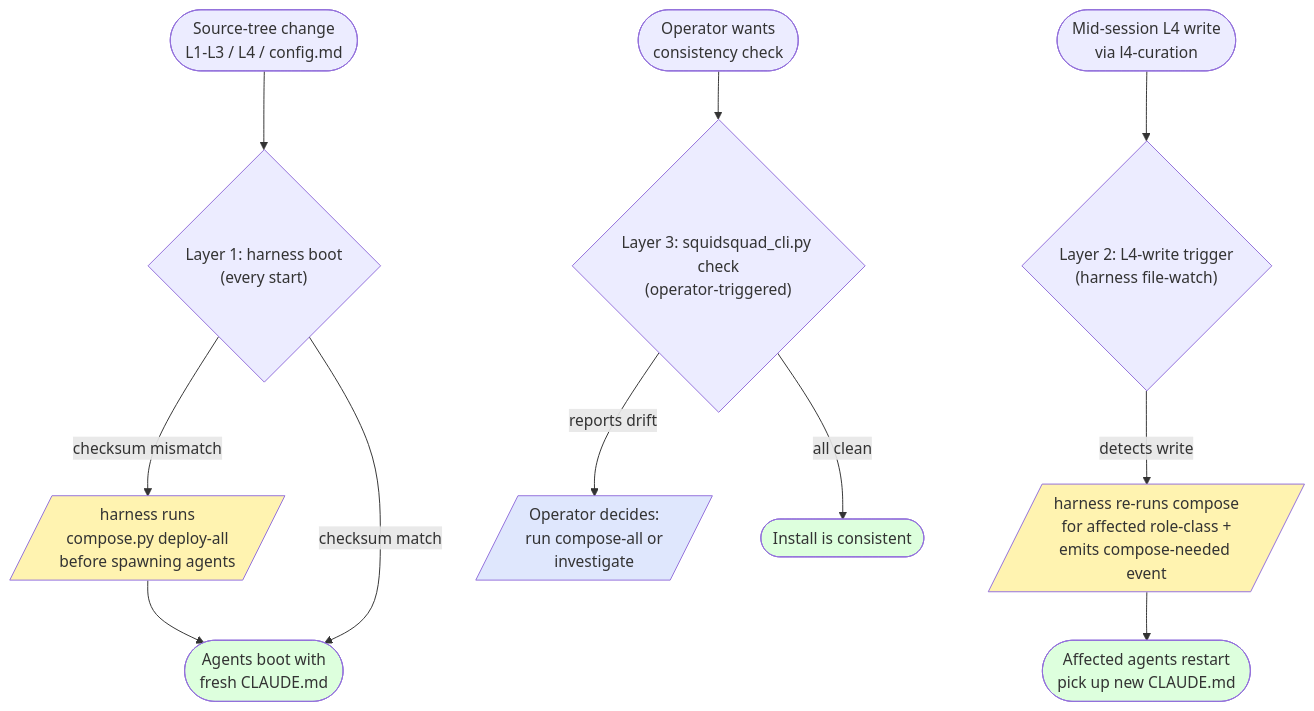
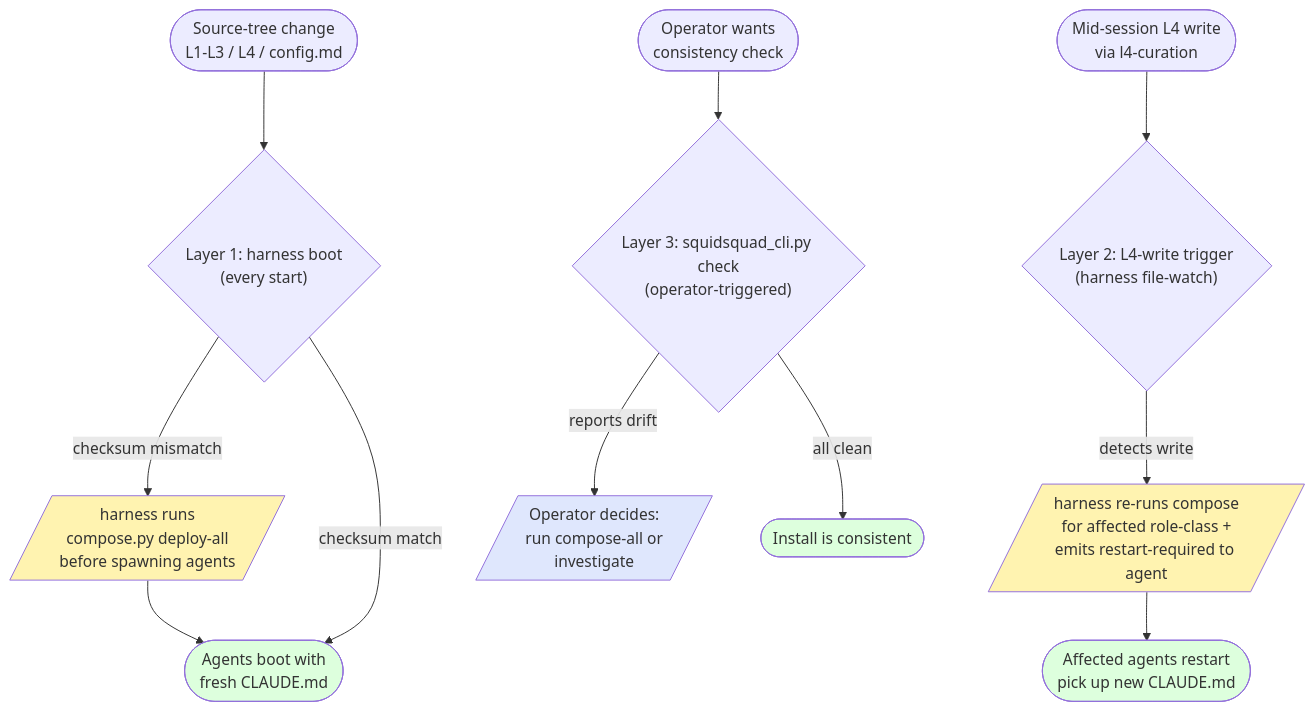
Before and after one commit to WallyDoodlez/SquidSquad: diagram 12 of 12 in docs/COMPOSE-ARCHITECTURE.md, drawn with Mermaid. The commit also changed other lines of this file and 2 other files, not shown here.

````diff
--- a/docs/COMPOSE-ARCHITECTURE.md
+++ b/docs/COMPOSE-ARCHITECTURE.md
@@ -1433,25 +1433,25 @@
 ```mermaid
 flowchart TB
   Source([Source-tree change<br/>L1-L3 / L4 / config.md])
   Source --> Boot{"Layer 1: harness boot<br/>(every start)"}
   Boot -->|"checksum mismatch"| L1Fix[/"harness runs<br/>compose.py deploy-all<br/>before spawning agents"/]
   L1Fix --> Spawn([Agents boot with<br/>fresh CLAUDE.md])
   Boot -->|"checksum match"| Spawn
 
   L4Write([Mid-session L4 write<br/>via l4-curation])
   L4Write --> L2c{"Layer 2: L4-write trigger<br/>(harness file-watch)"}
-  L2c -->|"detects write"| L2Fix[/"harness re-runs compose<br/>for affected role-class +<br/>emits compose-needed event"/]
+  L2c -->|"detects write"| L2Fix[/"harness re-runs compose<br/>for affected role-class +<br/>emits restart-required to agent"/]
   L2Fix --> Restart([Affected agents restart<br/>pick up new CLAUDE.md])
 
   Op([Operator wants<br/>consistency check])
   Op --> L3c{"Layer 3: squidsquad_cli.py check<br/>(operator-triggered)"}
   L3c -->|"reports drift"| L3Info[/"Operator decides:<br/>run compose-all or<br/>investigate"/]
   L3c -->|"all clean"| L3OK([Install is consistent])
 
   style L1Fix fill:#fff3b0
   style L2Fix fill:#fff3b0
   style L3Info fill:#dfe7fd
   style Spawn fill:#dfd
   style Restart fill:#dfd
   style L3OK fill:#dfd
 ```
````
